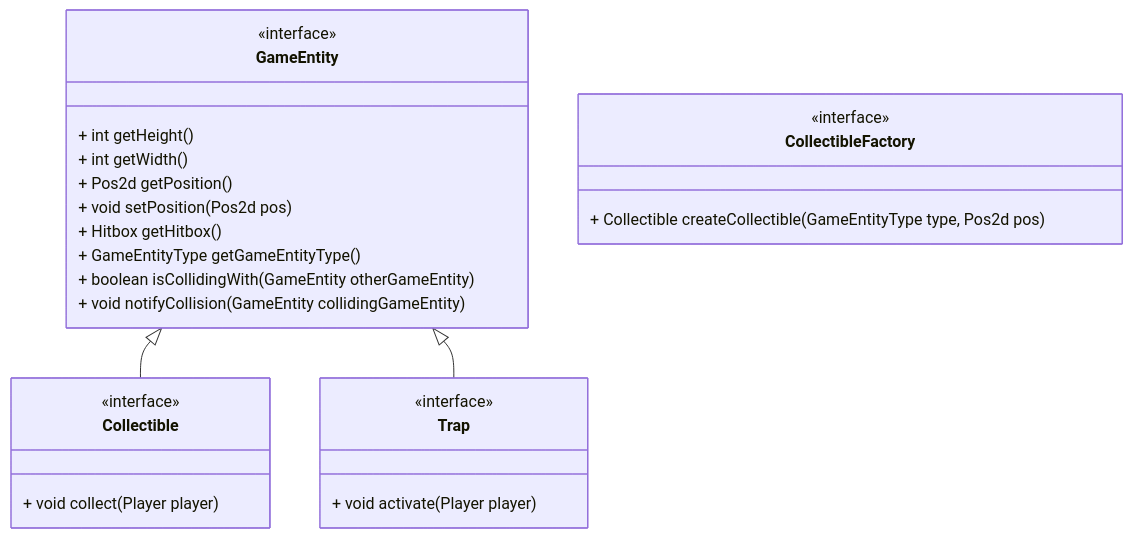
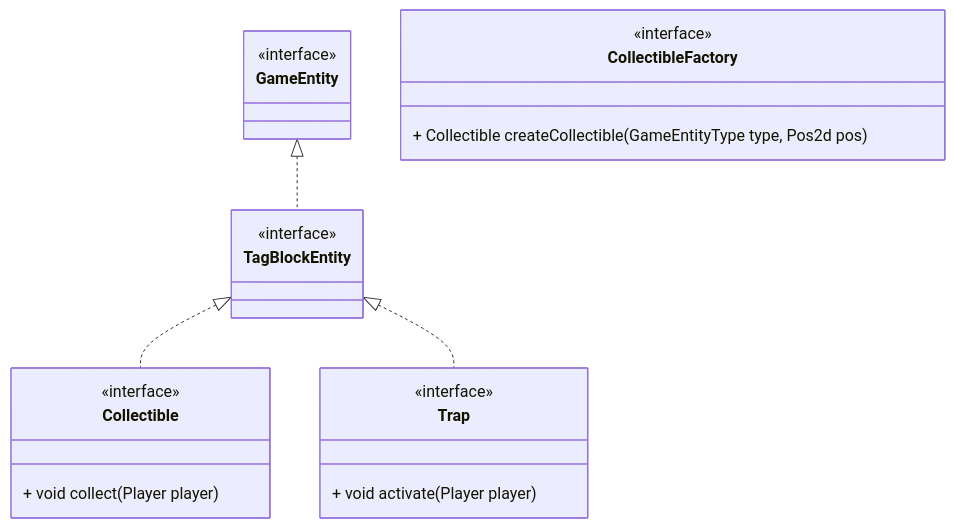
One commit to unibo-oop-projects/OOP23-FilippoMassariFilippoMassari6studio-MatteoBagnolini-FilippoMassari-SaadElMaliki-Matteo-SUPSON changed the sixth of 8 diagrams in report.md. Above: the diagram before and after it, drawn with Mermaid. The commit also changed other lines of this file, not shown here.

````diff
--- a/report.md
+++ b/report.md
@@ -286,32 +269,30 @@
 ```mermaid
 classDiagram
     class GameEntity {
         <<interface>>
-        + int getHeight()
-        + int getWidth()
-        + Pos2d getPosition()
-        + void setPosition(Pos2d pos)
-        + Hitbox getHitbox()
-        + GameEntityType getGameEntityType()
-        + boolean isCollidingWith(GameEntity otherGameEntity)
-        + void notifyCollision(GameEntity collidingGameEntity)
+    }
+
+    class TagBlockEntity {
+        <<interface>>
     }
 
     class Collectible {
         <<interface>>
         + void collect(Player player)
     }
 
     class CollectibleFactory {
         <<interface>>
         + Collectible createCollectible(GameEntityType type, Pos2d pos)
     }
 
     class Trap {
         <<interface>>
         + void activate(Player player)
     }
 
-    GameEntity <|-- Collectible
-    GameEntity <|-- Trap
+    GameEntity <|.. TagBlockEntity
+    TagBlockEntity <|.. Collectible
+    TagBlockEntity <|.. Trap
+
 ```
````
